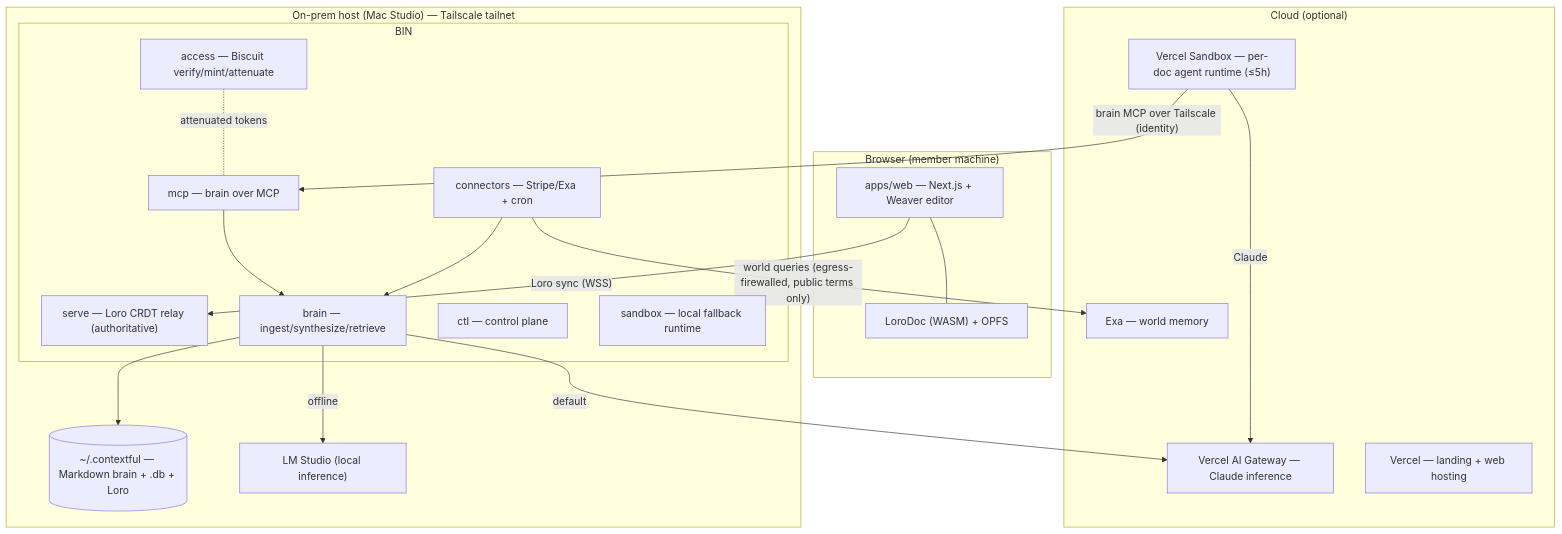
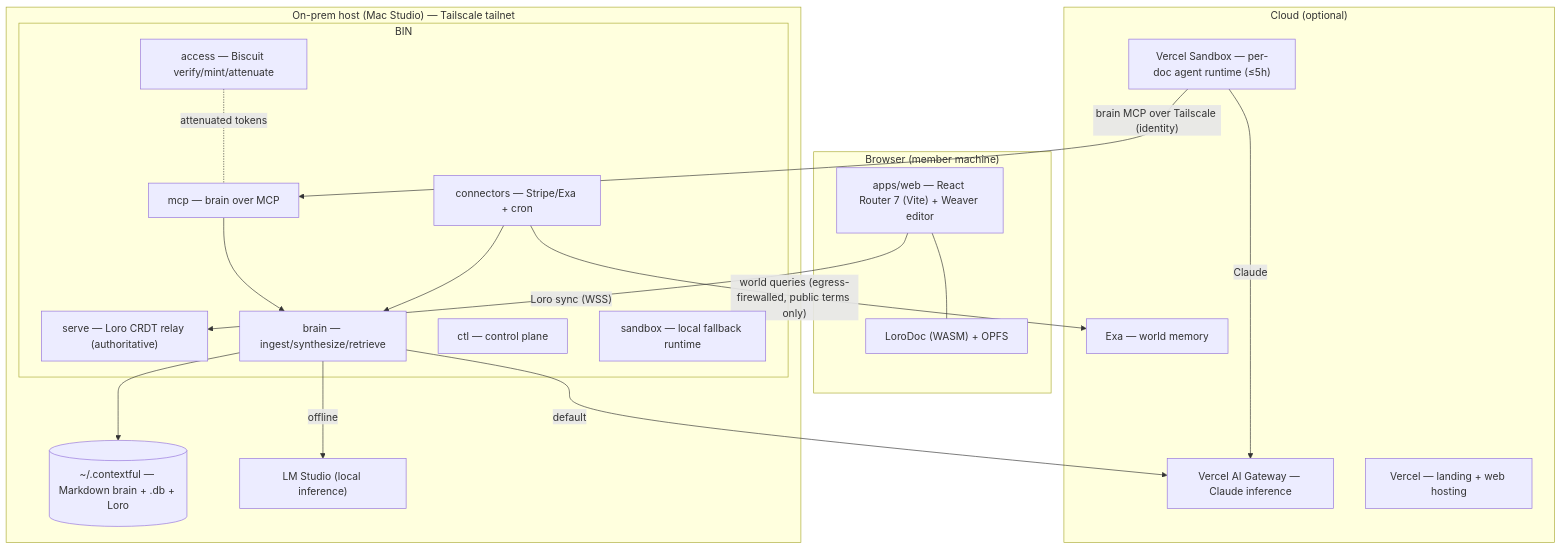
Before and after one commit to fractalboxdev/superai2026: the first of 2 diagrams in specs/00-overview.md, drawn with Mermaid. The commit also changed other lines of this file and 39 other files, not shown here.

````diff
--- a/specs/00-overview.md
+++ b/specs/00-overview.md
@@ -96,37 +98,37 @@
 ```mermaid
 flowchart TD
     subgraph Browser["Browser (member machine)"]
-        W["apps/web — Next.js + Weaver editor"]
+        W["apps/web — React Router 7 (Vite) + Weaver editor"]
         LD["LoroDoc (WASM) + OPFS"]
         W --- LD
     end
     subgraph Cloud["Cloud (optional)"]
         VS["Vercel Sandbox — per-doc agent runtime (≤5h)"]
         BR2["Vercel AI Gateway — Claude inference"]
         EX["Exa — world memory"]
         VC["Vercel — landing + web hosting"]
     end
     subgraph Host["On-prem host (Mac Studio) — Tailscale tailnet"]
         BIN["crates/sync — one Rust binary"]
         subgraph BIN
             SE["serve — Loro CRDT relay (authoritative)"]
             MC["mcp — brain over MCP"]
             BRN["brain — ingest/synthesize/retrieve"]
             CAP["access — Biscuit verify/mint/attenuate"]
             CON["connectors — Stripe/Exa + cron"]
             CTL["ctl — control plane"]
             SBX["sandbox — local fallback runtime"]
         end
         STORE[("~/.contextful — Markdown brain + .db + Loro")]
         LM["LM Studio (local inference)"]
     end
     W -- "Loro sync (WSS)" --> SE
     VS -- "brain MCP over Tailscale (identity)" --> MC
     MC --> BRN --> STORE
     CAP -. "attenuated tokens" .- MC
     CON --> BRN
     CON -- "world queries (egress-firewalled, public terms only)" --> EX
     BRN -- default --> BR2
     BRN -- offline --> LM
     VS -- "Claude" --> BR2
 ```
````
